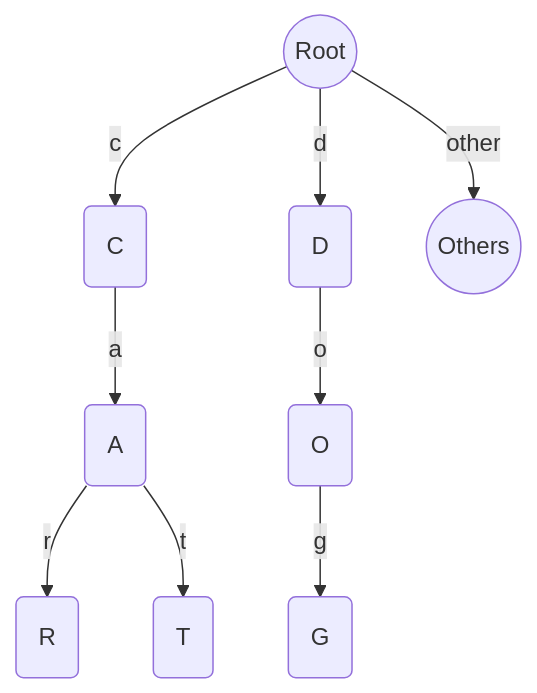
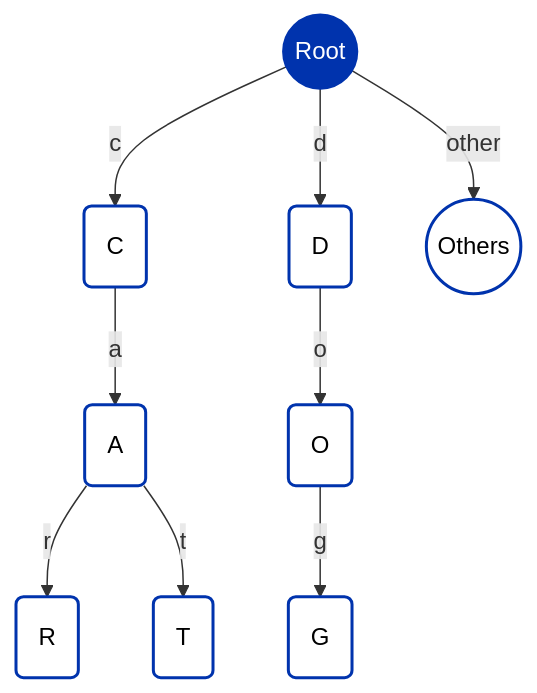
The diagram in docs/smart-contracts/smart-contract-languages/aiken/advanced-data-structures/trie.md (cardano-foundation/developer-portal), drawn with Mermaid before and after one commit. The commit also changed 14 other files, not shown here.

Commit message:
cardano unified color scheme for mermaid diagrams

````diff
--- a/docs/smart-contracts/smart-contract-languages/aiken/advanced-data-structures/trie.md
+++ b/docs/smart-contracts/smart-contract-languages/aiken/advanced-data-structures/trie.md
@@ -51,11 +51,21 @@
 ```mermaid
 graph TD
     ROOT((Root)) -->|c| C(C)
     C -->|a| A(A)
     A -->|r| R(R)
     A -->|t| T(T)
     ROOT -->|d| D(D)
     D -->|o| O(O)
     O -->|g| G(G)
     ROOT -->|other| OTH((Others))
+
+    style ROOT fill:#0033AD,stroke:#0033AD,stroke-width:2px,color:#FFFFFF
+    style C fill:#FFFFFF,stroke:#0033AD,stroke-width:2px,color:#000000
+    style A fill:#FFFFFF,stroke:#0033AD,stroke-width:2px,color:#000000
+    style R fill:#FFFFFF,stroke:#0033AD,stroke-width:2px,color:#000000
+    style T fill:#FFFFFF,stroke:#0033AD,stroke-width:2px,color:#000000
+    style D fill:#FFFFFF,stroke:#0033AD,stroke-width:2px,color:#000000
+    style O fill:#FFFFFF,stroke:#0033AD,stroke-width:2px,color:#000000
+    style G fill:#FFFFFF,stroke:#0033AD,stroke-width:2px,color:#000000
+    style OTH fill:#FFFFFF,stroke:#0033AD,stroke-width:2px,color:#000000
 ```
````
